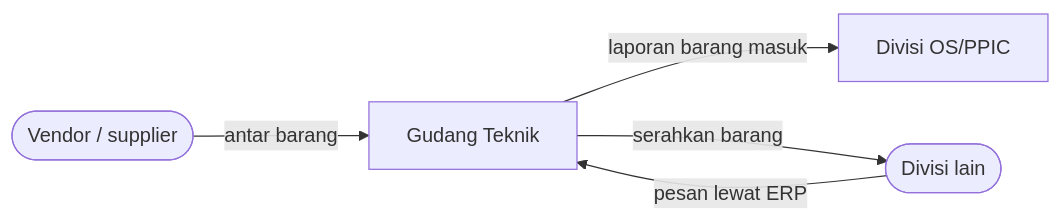
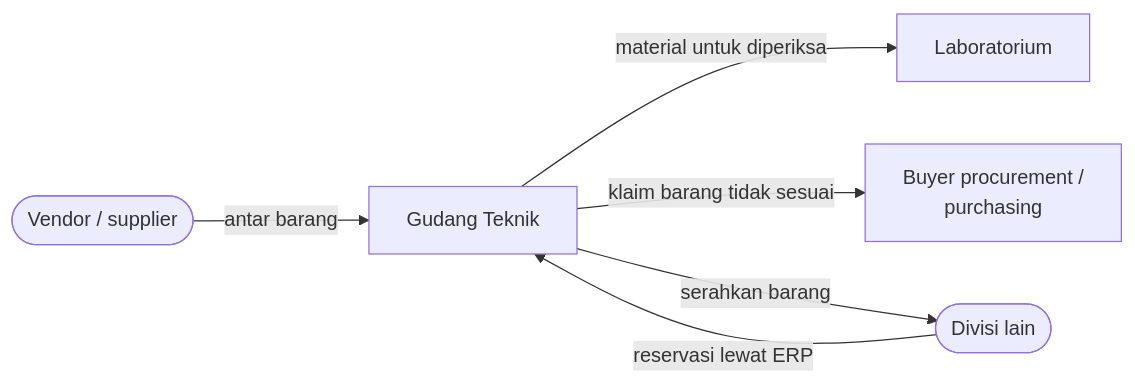
The diagram in docs/divisi/index.md (Hwarinn66/WareHouse), drawn with Mermaid before and after one commit. The commit also changed other lines of this file and 12 other files, not shown here.

First line of the commit message:
Hapus OS/PPIC dari handbook dan perbarui tabel pencatatan stok

````diff
--- a/docs/divisi/index.md
+++ b/docs/divisi/index.md
@@ -43,9 +43,10 @@
 ```mermaid
 flowchart LR
   accTitle: Pihak yang bekerja dengan Gudang Teknik
-  accDescr: Vendor mengantar barang ke Gudang Teknik. Gudang mengirim laporan barang masuk ke divisi OS/PPIC. Divisi lain memesan barang lewat ERP dan mengambilnya di gudang.
+  accDescr: Vendor mengantar barang ke Gudang Teknik. Material tertentu diperiksa laboratorium. Barang yang tidak sesuai diklaim ke vendor melalui buyer procurement atau purchasing. Divisi lain membuat reservasi lewat ERP dan mengambil barangnya di gudang.
   V(["Vendor / supplier"]):::vendor -- "antar barang" --> G["Gudang Teknik"]:::staff
-  G -- "laporan barang masuk" --> P["Divisi OS/PPIC"]:::dokumen
-  D(["Divisi lain"]):::divisi -- "pesan lewat ERP" --> G
+  G -- "material untuk diperiksa" --> L["Laboratorium"]:::dokumen
+  G -- "klaim barang tidak sesuai" --> B["Buyer procurement /<br/>purchasing"]:::dokumen
+  D(["Divisi lain"]):::divisi -- "reservasi lewat ERP" --> G
   G -- "serahkan barang" --> D
 ```
````
